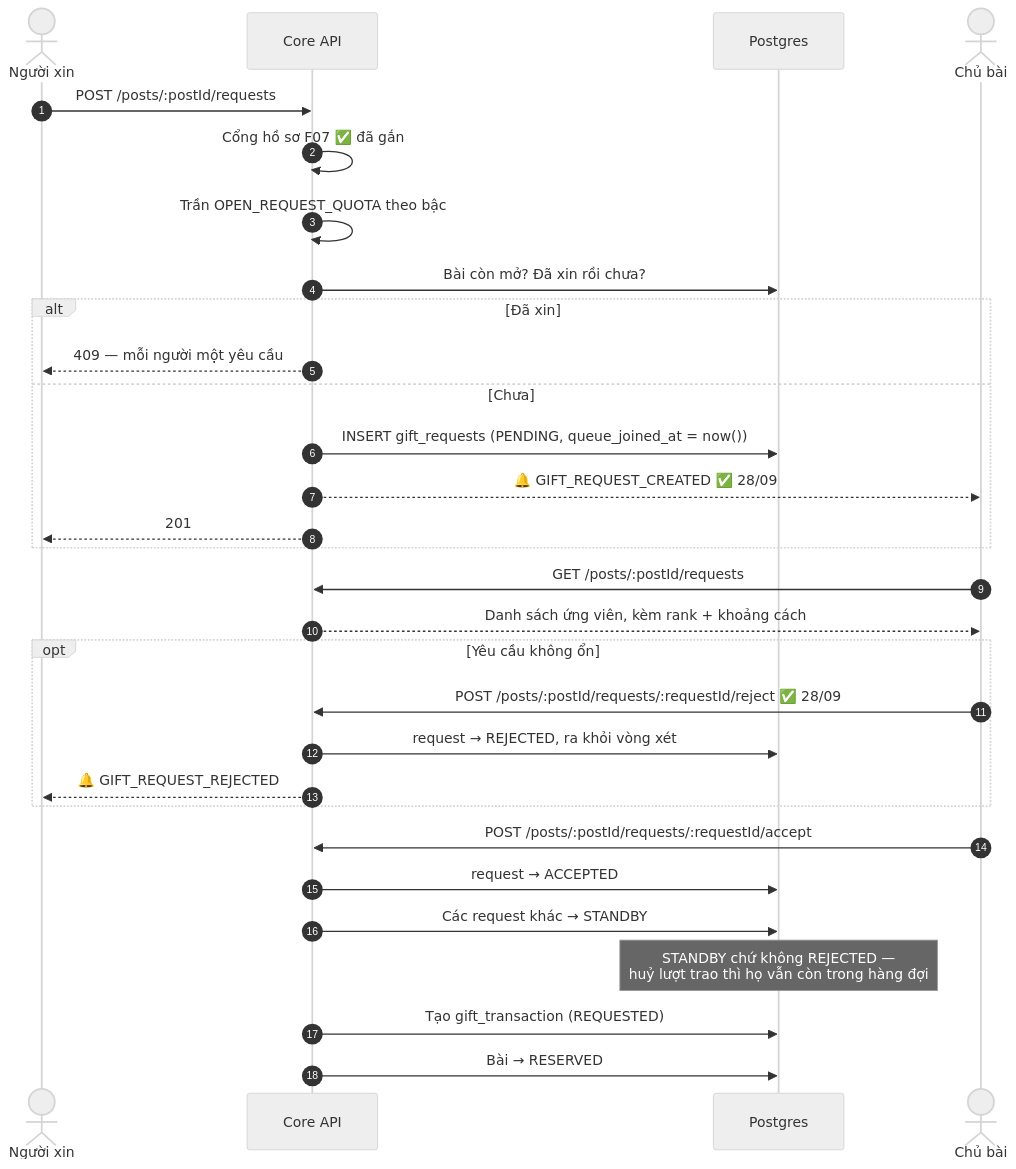
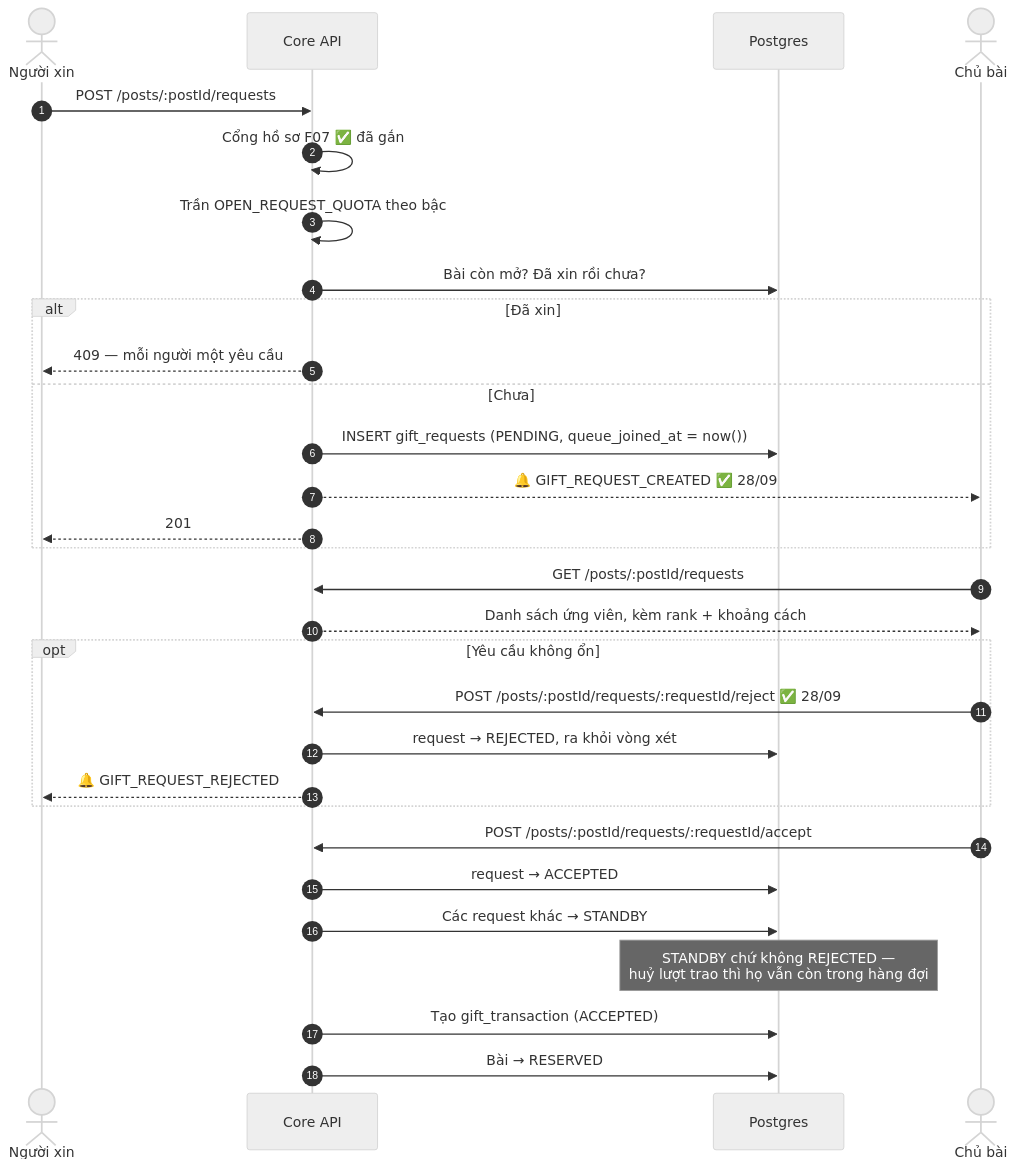
One commit to fdshn/trueheart changed the second of 8 diagrams in docs/diagram/07-request.md. Above: the diagram before and after it, drawn with Mermaid (neutral theme). The commit also changed other lines of this file and 49 other files, not shown here.

````diff
--- a/docs/diagram/07-request.md
+++ b/docs/diagram/07-request.md
@@ -46,36 +53,36 @@
 ```mermaid
 sequenceDiagram
     autonumber
     actor R as Người xin
     participant API as Core API
     participant DB as Postgres
     actor G as Chủ bài
 
     R->>API: POST /posts/:postId/requests
     API->>API: Cổng hồ sơ F07 ✅ đã gắn
     API->>API: Trần OPEN_REQUEST_QUOTA theo bậc
     API->>DB: Bài còn mở? Đã xin rồi chưa?
     alt Đã xin
         API-->>R: 409 — mỗi người một yêu cầu
     else Chưa
         API->>DB: INSERT gift_requests (PENDING, queue_joined_at = now())
         API-->>G: 🔔 GIFT_REQUEST_CREATED ✅ 28/09
         API-->>R: 201
     end
 
     G->>API: GET /posts/:postId/requests
     API-->>G: Danh sách ứng viên, kèm rank + khoảng cách
 
     opt Yêu cầu không ổn
         G->>API: POST /posts/:postId/requests/:requestId/reject ✅ 28/09
         API->>DB: request → REJECTED, ra khỏi vòng xét
         API-->>R: 🔔 GIFT_REQUEST_REJECTED
     end
 
     G->>API: POST /posts/:postId/requests/:requestId/accept
     API->>DB: request → ACCEPTED
     API->>DB: Các request khác → STANDBY
     Note over DB: STANDBY chứ không REJECTED —<br/>huỷ lượt trao thì họ vẫn còn trong hàng đợi
-    API->>DB: Tạo gift_transaction (REQUESTED)
+    API->>DB: Tạo gift_transaction (ACCEPTED)
     API->>DB: Bài → RESERVED
 ```
````
